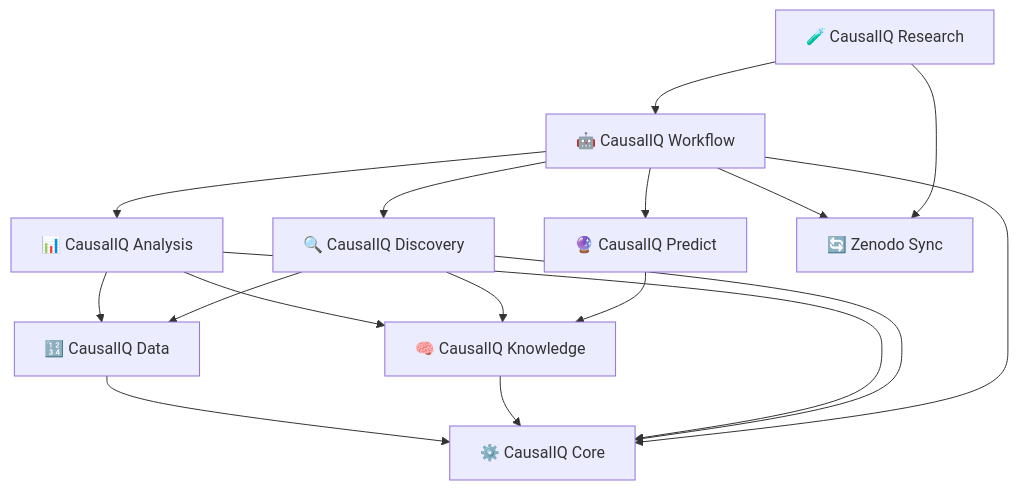
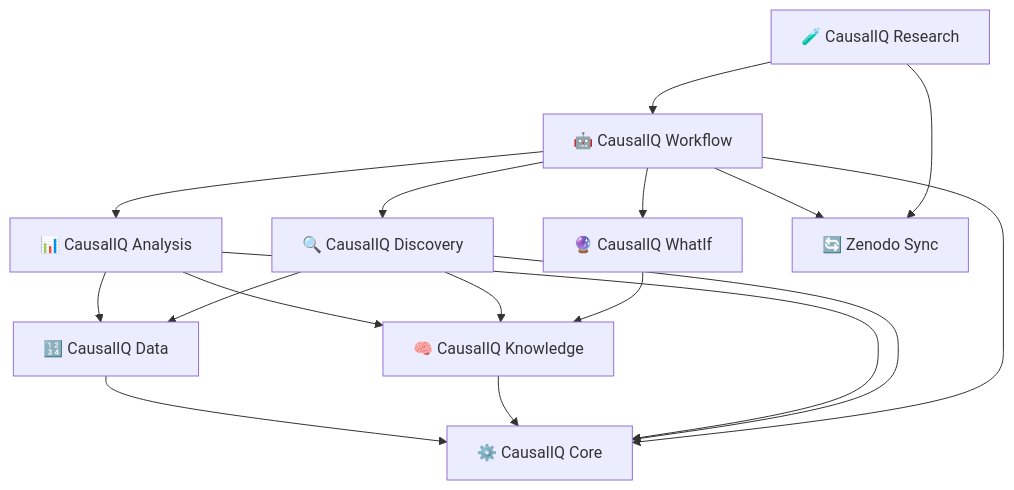
One commit to causaliq/causaliq changed the diagram in docs/projects/index.md. Above: the diagram before and after it, drawn with Mermaid. The commit also changed other lines of this file and 6 other files, not shown here.

Commit message:
docs: rename causaliq-predict to causaliq-whatif and update roadmap

````diff
--- a/docs/projects/index.md
+++ b/docs/projects/index.md
@@ -39,31 +39,31 @@
 ```mermaid
 graph TD
     COR[⚙️ CausalIQ Core]
     DIS[🔍 CausalIQ Discovery]
     KNO[🧠 CausalIQ Knowledge]
     WOR[🤖 CausalIQ Workflow]
     ANA[📊 CausalIQ Analysis] 
     REA[🧪 CausalIQ Research]
     DAT[🔢 CausalIQ Data]
-    PRE[🔮 CausalIQ Predict]
+    PRE[🔮 CausalIQ WhatIf]
     ZEN[🔄 Zenodo Sync]
 
     REA --> ZEN
     REA --> WOR
     WOR --> DIS
     WOR --> ANA
     WOR --> ZEN
     WOR --> PRE
     WOR --> COR
     PRE --> KNO
     DIS --> KNO
     DIS --> COR
     ANA --> KNO
     ANA --> COR
     DIS --> DAT
     ANA --> DAT
     KNO --> COR
     DAT --> COR
     
 
 ```
````
